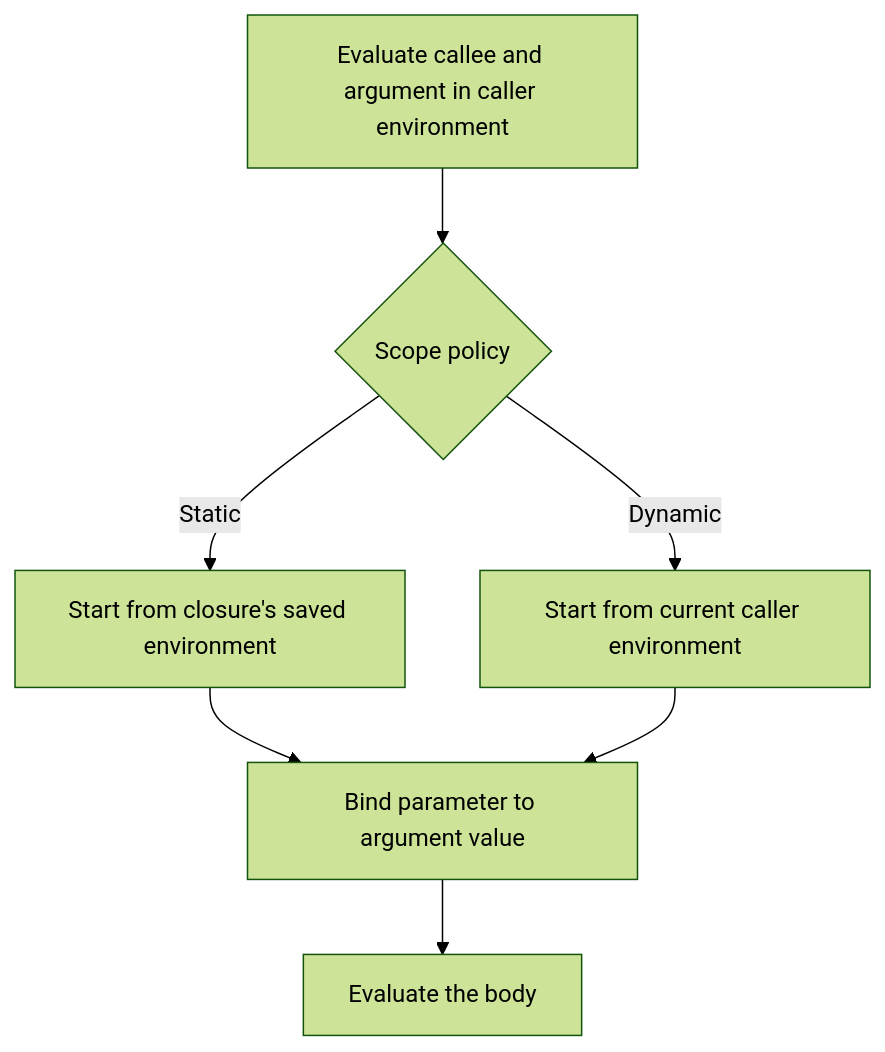
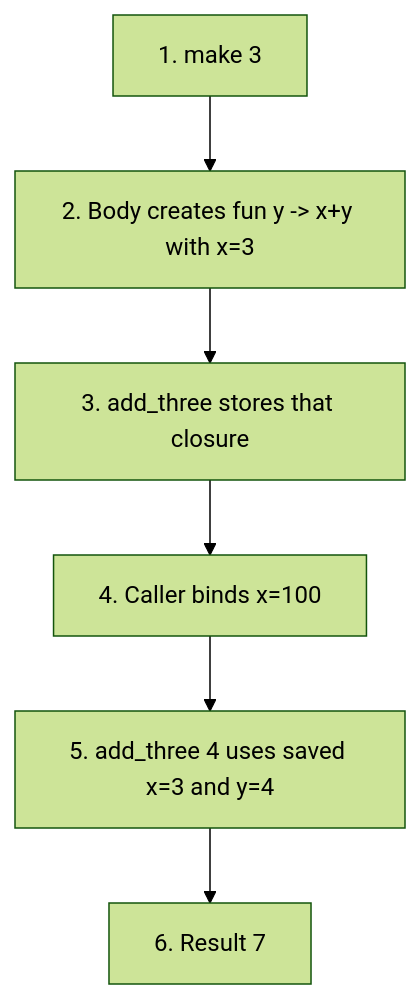
The diagram in dist/assets/diagrams/textbook-04-1.mmd (S0lluxx26/Programming_language_book_analyze), drawn with Mermaid (forest theme) before and after one commit. The commit also changed 106 other files, not shown here.

```diff
--- a/dist/assets/diagrams/textbook-04-1.mmd
+++ b/dist/assets/diagrams/textbook-04-1.mmd
@@ -1,9 +1,8 @@
 flowchart TD
-  accTitle: Chapter 4 - choose the environment for a function call
-  accDescr: Both variants evaluate the argument in the caller; static scope extends the definition environment while dynamic scope extends the caller environment.
-  A["Evaluate callee and argument in caller environment"] --> B{"Scope policy"}
-  B -->|Static| C["Start from closure's saved environment"]
-  B -->|Dynamic| D["Start from current caller environment"]
-  C --> E["Bind parameter to argument value"]
-  D --> E
-  E --> F["Evaluate the body"]
+  accTitle: Chapter 4 - a returned closure keeps its definition environment
+  accDescr: Calling make with three creates a closure that remembers x equals three, independently of a later caller binding of one hundred.
+  A["1. make 3"] --> B["2. Body creates fun y -> x+y with x=3"]
+  B --> C["3. add_three stores that closure"]
+  C --> D["4. Caller binds x=100"]
+  D --> E["5. add_three 4 uses saved x=3 and y=4"]
+  E --> F["6. Result 7"]
```
